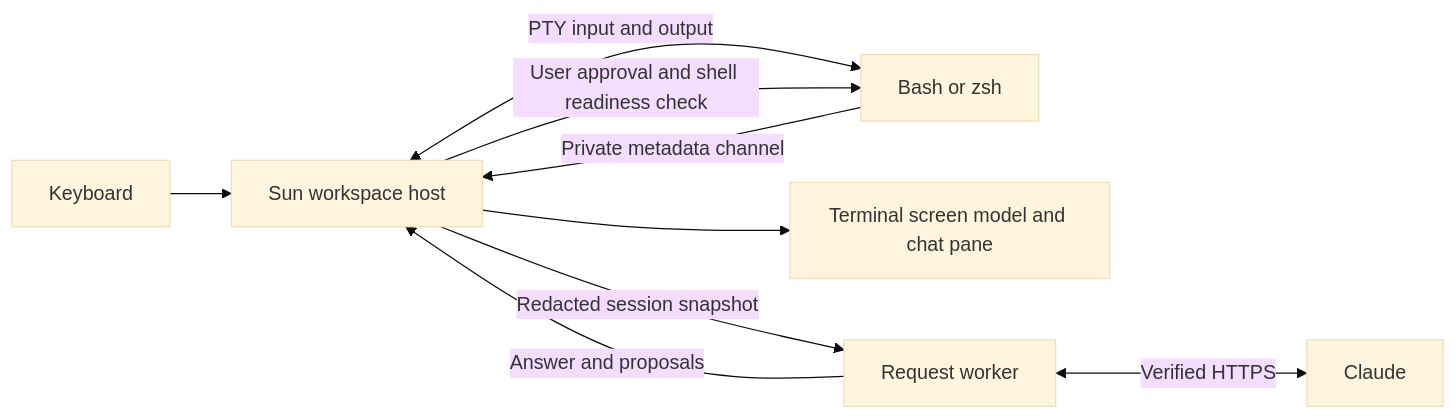
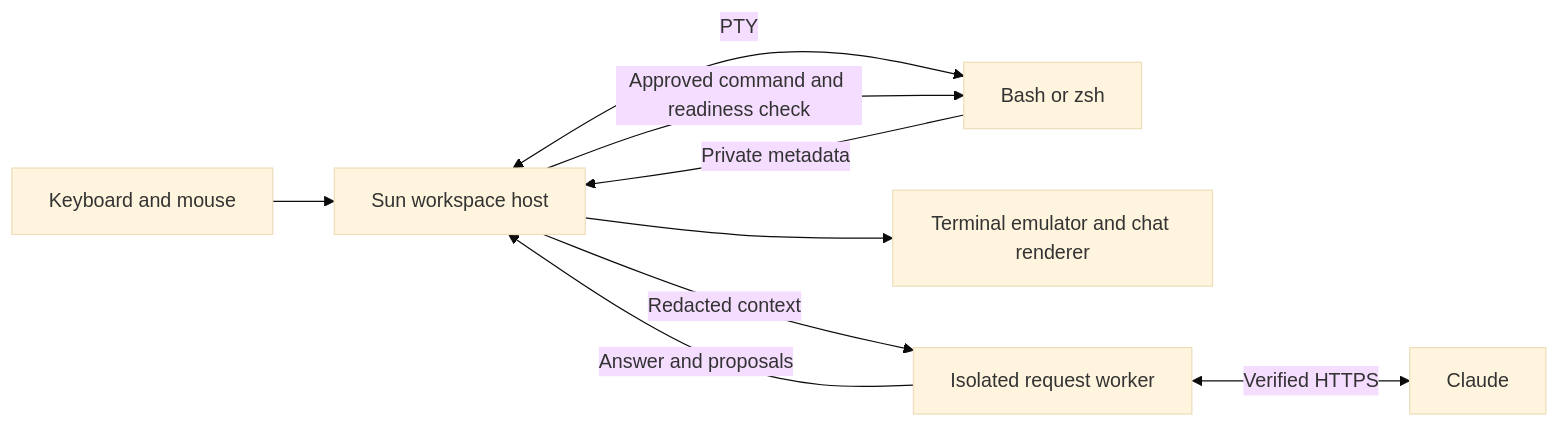
One commit to namo-robotics/namo_complete changed the diagram in README.md. Above: the diagram before and after it, drawn with Mermaid (base theme). The commit also changed other lines of this file, not shown here.

First line of the commit message:
docs: update README to clarify terminal and agent workspace usage

````diff
--- a/README.md
+++ b/README.md
@@ -129,11 +112,11 @@
 ```mermaid
 flowchart LR
-    KEYS[Keyboard] --> HOST[Sun workspace host]
-    HOST <-->|PTY input and output| SHELL[Bash or zsh]
-    SHELL -->|Private metadata channel| HOST
-    HOST --> SCREEN[Terminal screen model and chat pane]
-    HOST -->|Redacted session snapshot| WORKER[Request worker]
+    INPUT[Keyboard and mouse] --> HOST[Sun workspace host]
+    HOST <-->|PTY| SHELL[Bash or zsh]
+    SHELL -->|Private metadata| HOST
+    HOST --> UI[Terminal emulator and chat renderer]
+    HOST -->|Redacted context| WORKER[Isolated request worker]
     WORKER <-->|Verified HTTPS| API[Claude]
     WORKER -->|Answer and proposals| HOST
-    HOST -->|User approval and shell readiness check| SHELL
+    HOST -->|Approved command and readiness check| SHELL
 ```
````
